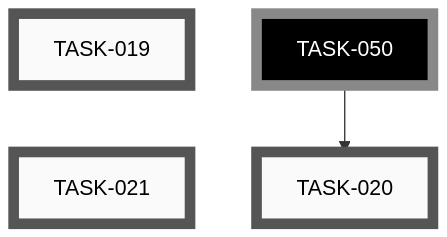
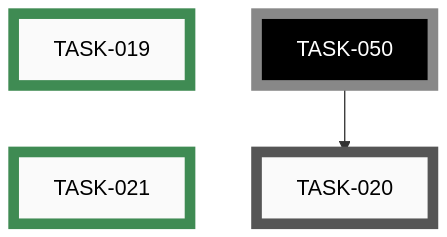
One commit to tgd1975/PartsLedger changed the third of 9 diagrams in docs/developers/tasks/EPICS.md. Above: the diagram before and after it, drawn with Mermaid. The commit also changed other lines of this file and 23 other files, not shown here.

First line of the commit message:
close EPIC-003: skill-path-today — hedge-language lint + family-page sibling suggestion (TASK-020 deferred)

````diff
--- a/docs/developers/tasks/EPICS.md
+++ b/docs/developers/tasks/EPICS.md
@@ -149,21 +149,21 @@
 ```mermaid
 graph TD
-    TASK_019["TASK-019"]:::open
     TASK_020["TASK-020"]:::open
-    TASK_021["TASK-021"]:::open
+    TASK_019["TASK-019"]:::closed
+    TASK_021["TASK-021"]:::closed
     TASK_050["TASK-050"]:::openExt
     TASK_050 --> TASK_020
     TASK_019 ~~~ TASK_021
-    click TASK_019 "open/task-019-hedge-language-lint.md"
     click TASK_020 "open/task-020-page-gen-auto-trigger.md"
-    click TASK_021 "open/task-021-family-page-proactive-suggestion.md"
+    click TASK_019 "closed/task-019-hedge-language-lint.md"
+    click TASK_021 "closed/task-021-family-page-proactive-suggestion.md"
     click TASK_050 "open/task-050-skill-sync-chain.md"
     classDef open    fill:#FAFAFA,stroke:#555,stroke-width:8px,color:#000
     classDef active  fill:#FAFAFA,stroke:#1A6FA8,stroke-width:8px,color:#000
     classDef closed  fill:#FAFAFA,stroke:#3F8B53,stroke-width:8px,color:#000
     classDef paused  fill:#FAFAFA,stroke:#B07810,stroke-width:8px,color:#000
     classDef openExt    fill:#000,stroke:#888,stroke-width:8px,color:#FFF
     classDef activeExt  fill:#000,stroke:#3FA9F5,stroke-width:8px,color:#FFF
     classDef closedExt  fill:#000,stroke:#7CC68A,stroke-width:8px,color:#FFF
     classDef pausedExt  fill:#000,stroke:#F0B030,stroke-width:8px,color:#FFF
 ```
````
